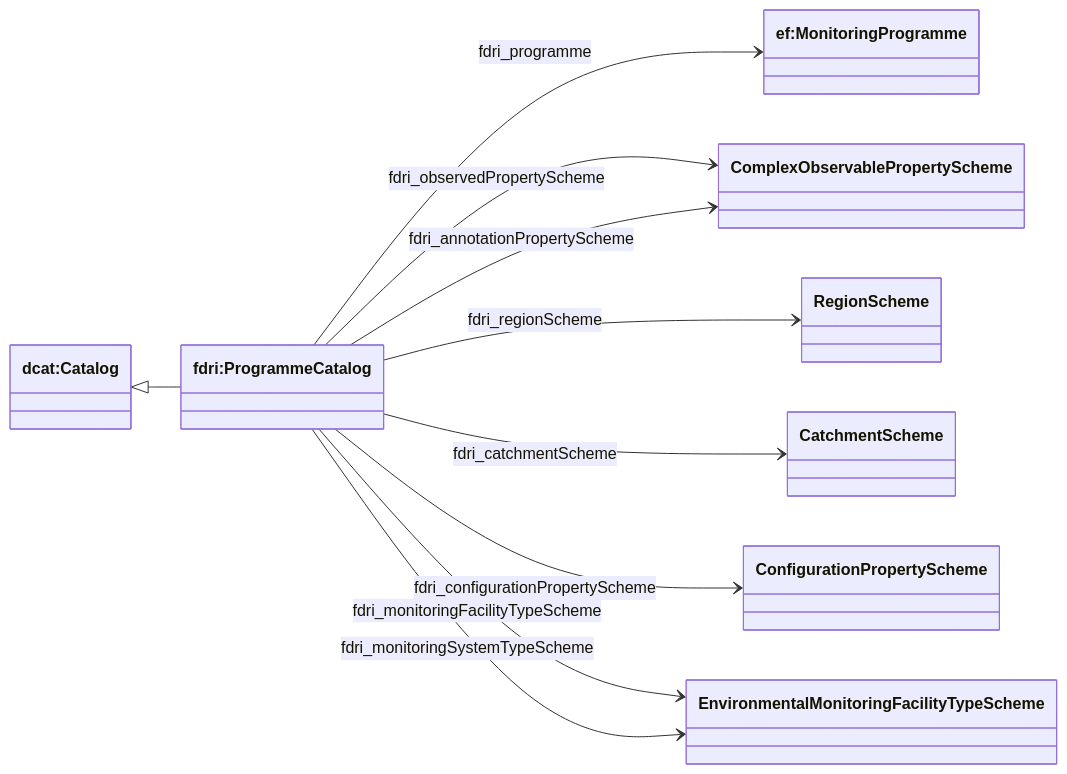
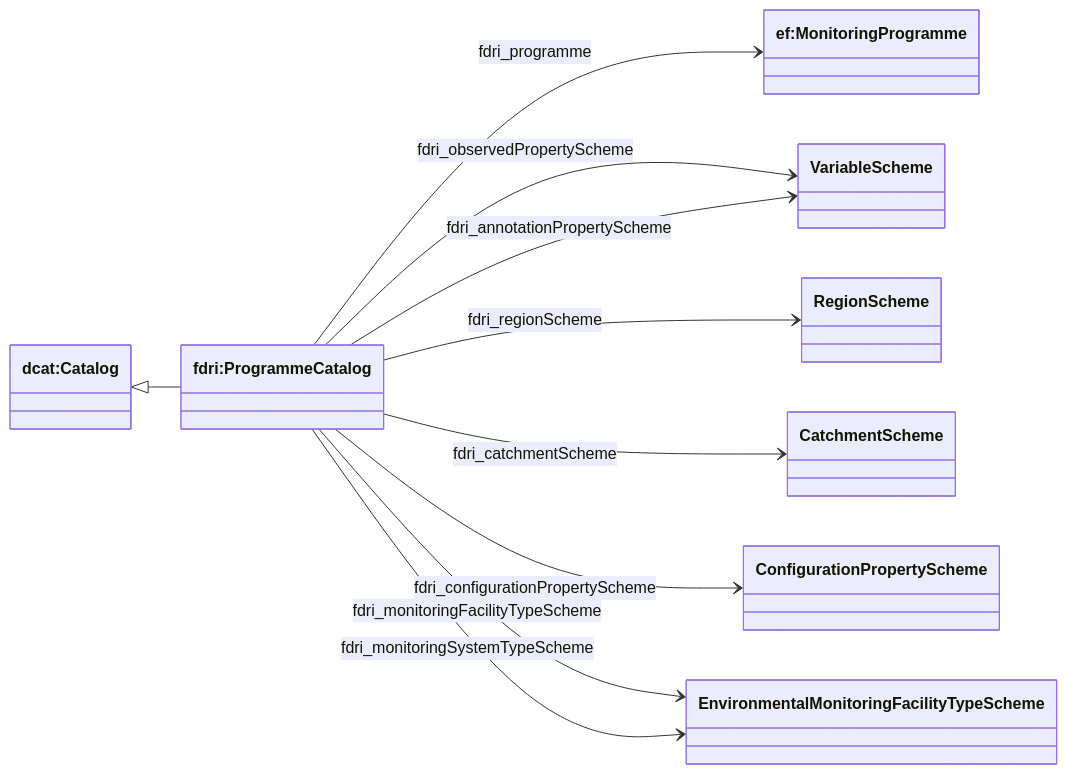
One commit to NERC-CEH/fdri-ontology changed the diagram in ontology/doc/programme-catalog.md. Above: the diagram before and after it, drawn with Mermaid. The commit also changed other lines of this file and 8 other files, not shown here.

Commit message:
Rename ComplexObservableProperty => Variable in docs

````diff
--- a/ontology/doc/programme-catalog.md
+++ b/ontology/doc/programme-catalog.md
@@ -8,17 +8,17 @@
 ```mermaid
 classDiagram
 direction LR
 class Catalog["dcat:Catalog"]
 class ProgrammeCatalog["fdri:ProgrammeCatalog"]
 class Programme["ef:MonitoringProgramme"]
 Catalog <|-- ProgrammeCatalog
 ProgrammeCatalog --> Programme: fdri_programme
-ProgrammeCatalog --> ComplexObservablePropertyScheme: fdri_observedPropertyScheme
-ProgrammeCatalog --> ComplexObservablePropertyScheme: fdri_annotationPropertyScheme
+ProgrammeCatalog --> VariableScheme: fdri_observedPropertyScheme
+ProgrammeCatalog --> VariableScheme: fdri_annotationPropertyScheme
 ProgrammeCatalog --> RegionScheme: fdri_regionScheme
 ProgrammeCatalog --> CatchmentScheme: fdri_catchmentScheme
 ProgrammeCatalog --> ConfigurationPropertyScheme: fdri_configurationPropertyScheme
 ProgrammeCatalog --> EnvironmentalMonitoringFacilityTypeScheme: fdri_monitoringFacilityTypeScheme
 ProgrammeCatalog --> EnvironmentalMonitoringFacilityTypeScheme: fdri_monitoringSystemTypeScheme
 
 ```
````
